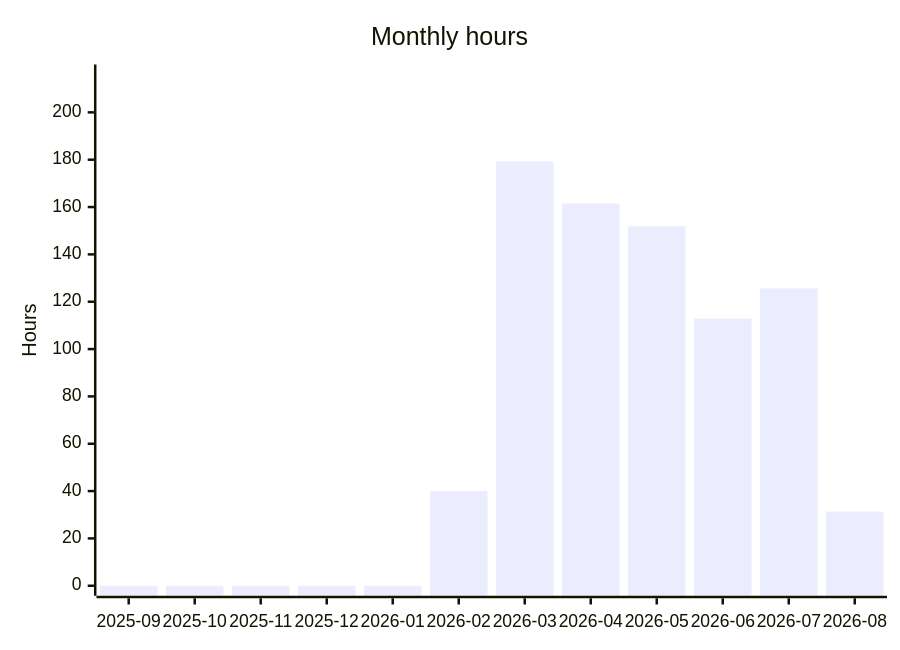
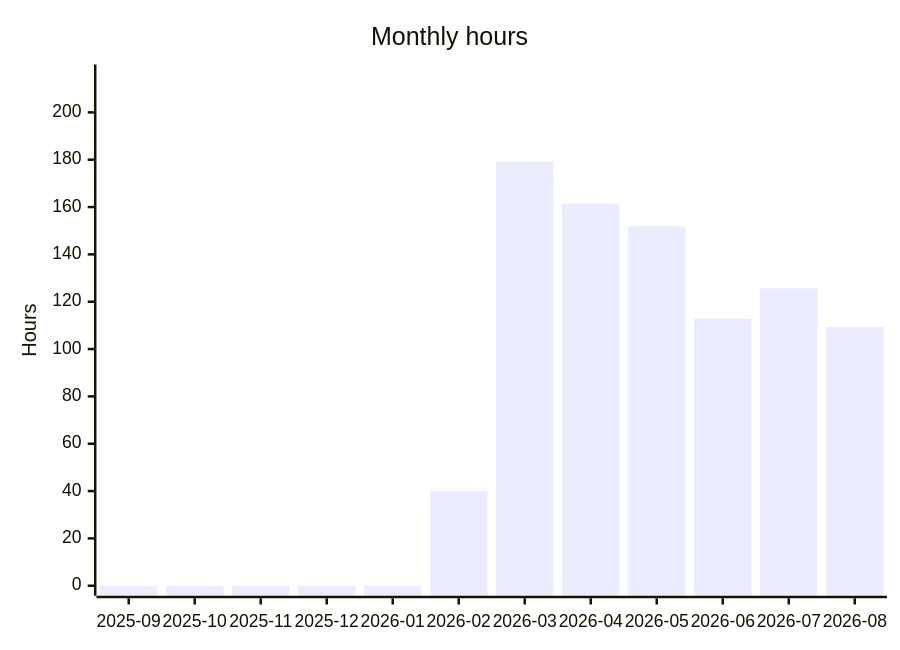
The fourth of 5 diagrams in README.org (albinforsberg-netizen/timeclock), drawn with Mermaid before and after one commit. The commit also changed other lines of this file, not shown here.

```diff
--- a/README.org
+++ b/README.org
@@ -120,7 +121,7 @@
 #+begin_src mermaid
 xychart-beta
     title "Monthly hours"
     x-axis ["2025-09", "2025-10", "2025-11", "2025-12", "2026-01", "2026-02", "2026-03", "2026-04", "2026-05", "2026-06", "2026-07", "2026-08"]
     y-axis "Hours" 0 --> 216
-    bar [0.00, 0.00, 0.00, 0.00, 0.00, 40.00, 179.23, 161.48, 151.86, 112.85, 125.64, 31.34]
+    bar [0.00, 0.00, 0.00, 0.00, 0.00, 40.00, 179.23, 161.48, 151.86, 112.85, 125.64, 109.36]
 #+end_src
```
